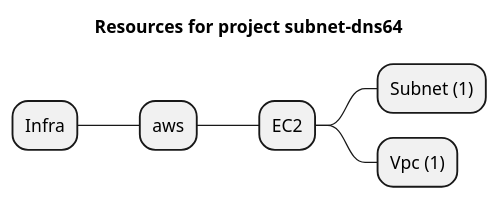
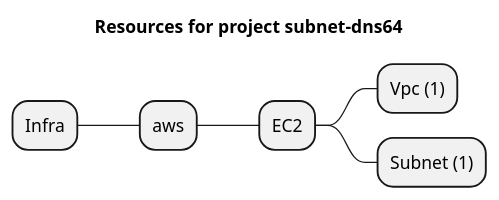
Before and after one commit to grucloud/grucloud: the diagram in examples/aws/EC2/subnet-dns64/artifacts/resources-mindmap.puml, drawn with PlantUML. The commit also changed other lines of this file and 341 other files, not shown here.

```diff
--- a/examples/aws/EC2/subnet-dns64/artifacts/resources-mindmap.puml
+++ b/examples/aws/EC2/subnet-dns64/artifacts/resources-mindmap.puml
@@ -1,9 +1,9 @@
 @startmindmap
 title Resources for project subnet-dns64
 skinparam monochrome true
 + Infra
 ++ aws
 +++ EC2
+++++ Vpc (1)
 ++++ Subnet (1)
-++++ Vpc (1)
 @endmindmap
```
